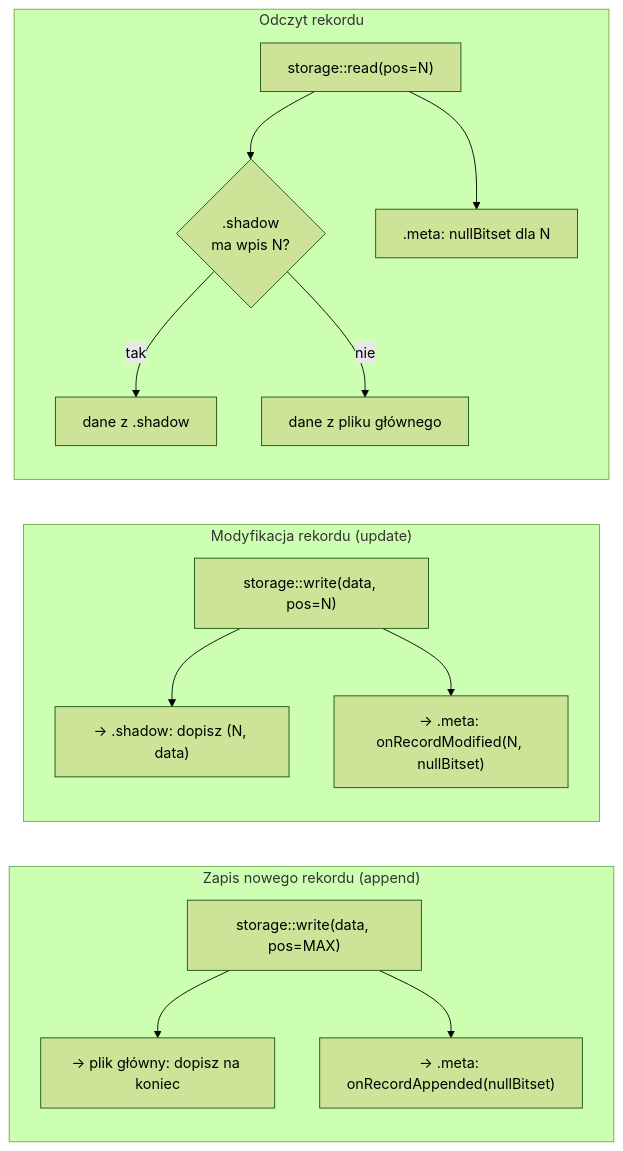
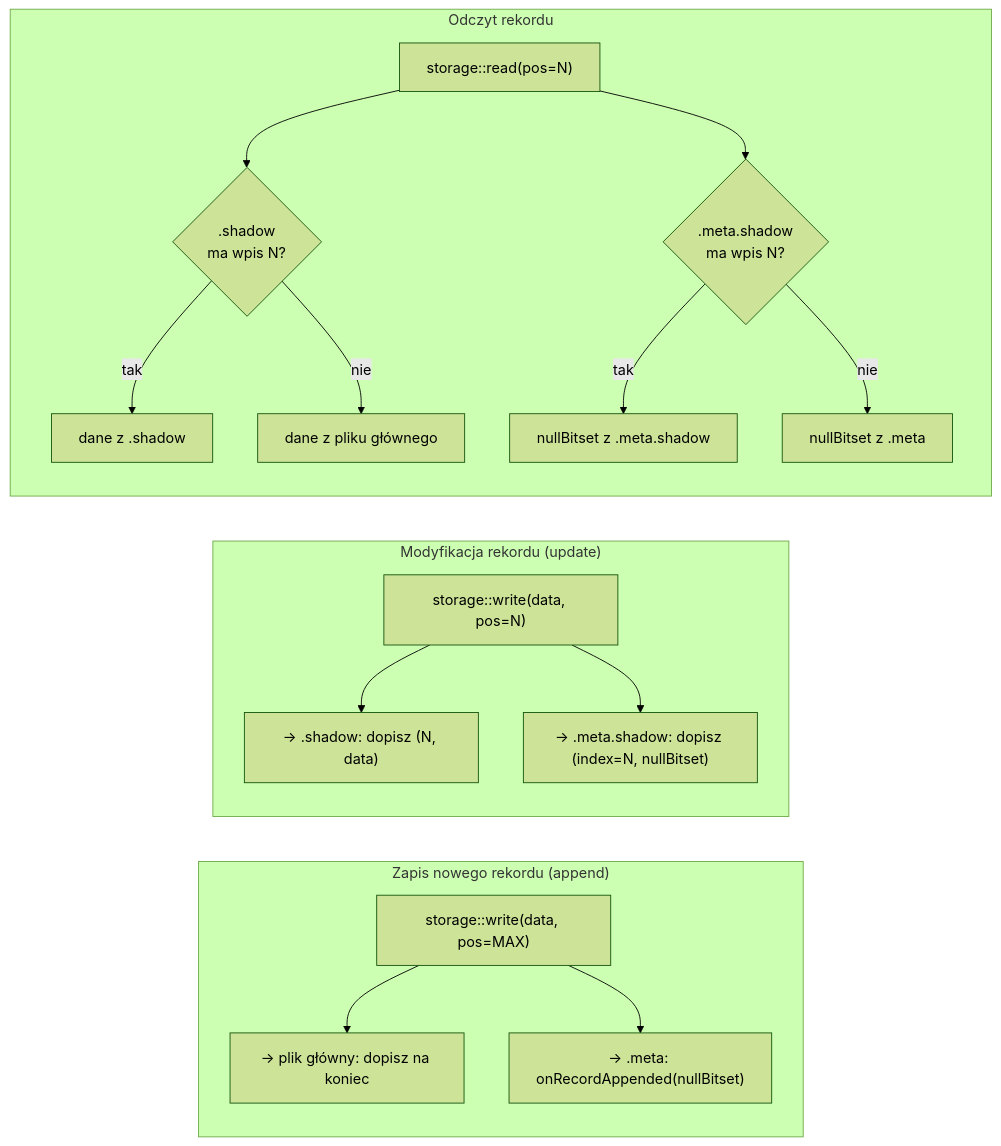
One commit to michalwidera/dokumentacja-rdb changed the ninth of 9 diagrams in architektura-systemu-przetwarzania-danych/format-zapisu-danych/pliki.md. Above: the diagram before and after it, drawn with Mermaid (forest theme). The commit also changed other lines of this file, not shown here.

Commit message:
meta shadow - issue 171

````diff
--- a/architektura-systemu-przetwarzania-danych/format-zapisu-danych/pliki.md
+++ b/architektura-systemu-przetwarzania-danych/format-zapisu-danych/pliki.md
@@ -453,30 +589,34 @@
 ```mermaid
 graph LR
     subgraph "Zapis nowego rekordu (append)"
         A1["storage::write(data, pos=MAX)"]
         A2["→ plik główny: dopisz na koniec"]
         A3["→ .meta: onRecordAppended(nullBitset)"]
         A1 --> A2
         A1 --> A3
     end
 
     subgraph "Modyfikacja rekordu (update)"
         U1["storage::write(data, pos=N)"]
         U2["→ .shadow: dopisz (N, data)"]
-        U3["→ .meta: onRecordModified(N, nullBitset)"]
+        U3["→ .meta.shadow: dopisz (index=N, nullBitset)"]
         U1 --> U2
         U1 --> U3
     end
 
     subgraph "Odczyt rekordu"
         R1["storage::read(pos=N)"]
         R2{".shadow\nma wpis N?"}
         R3["dane z .shadow"]
         R4["dane z pliku głównego"]
-        R5[".meta: nullBitset dla N"]
+        R5{".meta.shadow\nma wpis N?"}
+        R6["nullBitset z .meta.shadow"]
+        R7["nullBitset z .meta"]
         R1 --> R2
         R2 -->|tak| R3
         R2 -->|nie| R4
         R1 --> R5
+        R5 -->|tak| R6
+        R5 -->|nie| R7
     end
 ```
````
